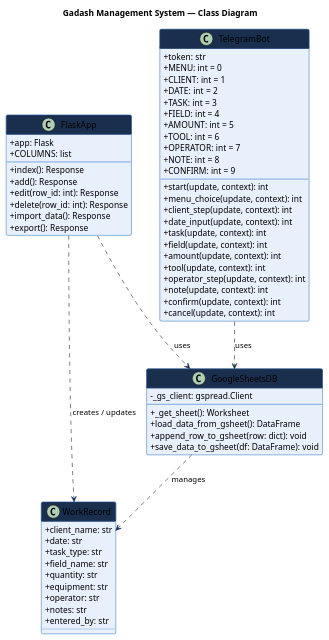
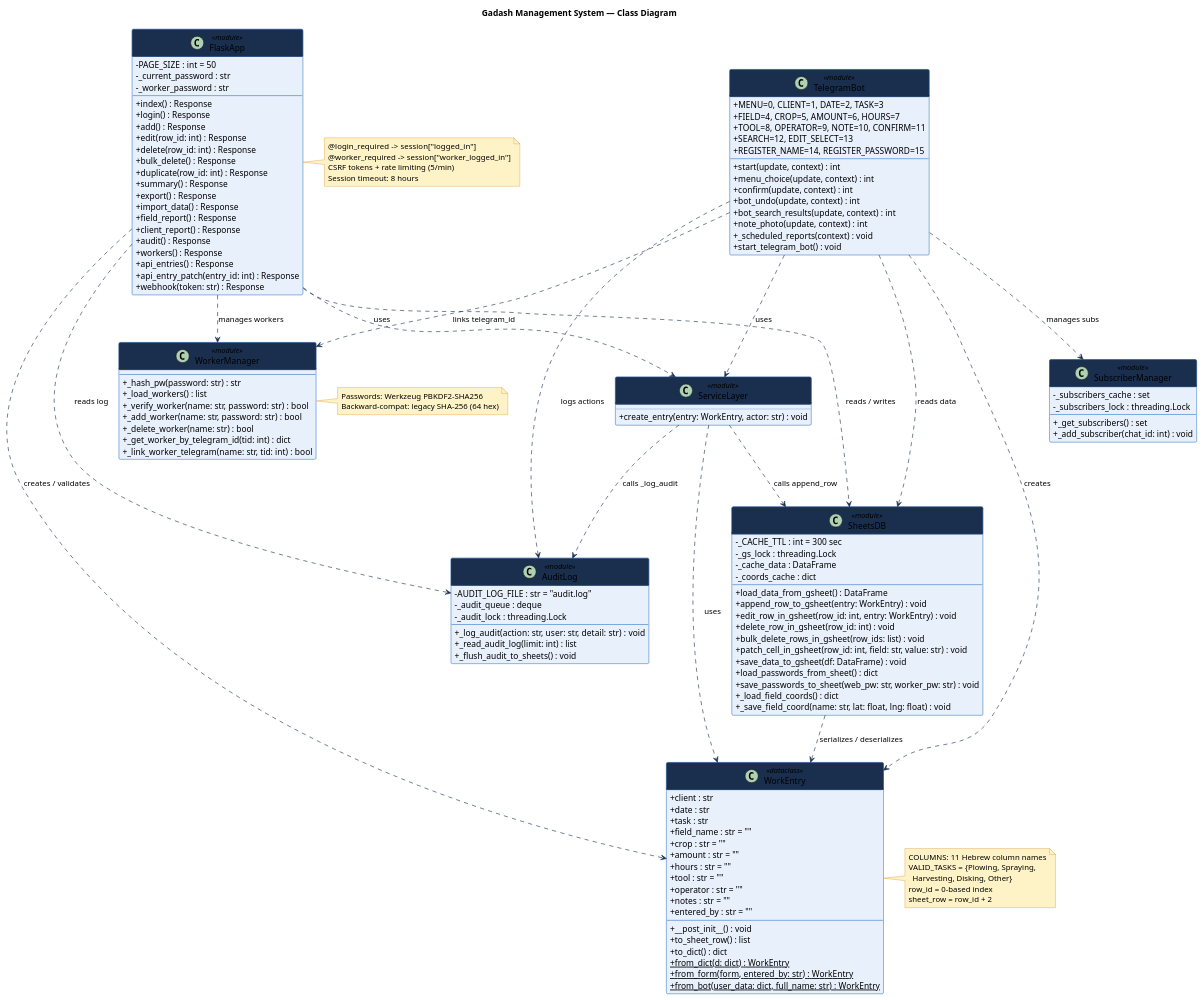
Before and after one commit to amitginz/gadash_bot: the diagram in uml_class.puml, drawn with PlantUML. The commit also changed 11 other files, not shown here.

First line of the commit message:
Update project report and UML diagrams for final submission

```diff
--- a/uml_class.puml
+++ b/uml_class.puml
@@ -1,78 +1,173 @@
 @startuml
 title Gadash Management System — Class Diagram
 
 skinparam classAttributeIconSize 0
+skinparam backgroundColor #ffffff
 skinparam class {
   BackgroundColor #e8f0fb
   BorderColor #3578c8
   HeaderBackgroundColor #1a2f4e
   HeaderFontColor #ffffff
   ArrowColor #1a2f4e
+  FontColor #000000
+}
+skinparam note {
+  BackgroundColor #fef3c7
+  BorderColor #d97706
+  FontColor #000000
 }
 
-class FlaskApp {
-  +app: Flask
-  +COLUMNS: list
+class WorkEntry <<dataclass>> {
+  + client : str
+  + date : str
+  + task : str
+  + field_name : str = ""
+  + crop : str = ""
+  + amount : str = ""
+  + hours : str = ""
+  + tool : str = ""
+  + operator : str = ""
+  + notes : str = ""
+  + entered_by : str = ""
   --
-  +index(): Response
-  +add(): Response
-  +edit(row_id: int): Response
-  +delete(row_id: int): Response
-  +import_data(): Response
-  +export(): Response
+  + __post_init__() : void
+  + to_sheet_row() : list
+  + to_dict() : dict
+  + {static} from_dict(d: dict) : WorkEntry
+  + {static} from_form(form, entered_by: str) : WorkEntry
+  + {static} from_bot(user_data: dict, full_name: str) : WorkEntry
 }
 
-class GoogleSheetsDB {
-  -_gs_client: gspread.Client
+note right of WorkEntry
+  COLUMNS: 11 Hebrew column names
+  VALID_TASKS = {Plowing, Spraying,
+    Harvesting, Disking, Other}
+  row_id = 0-based index
+  sheet_row = row_id + 2
+end note
+
+class SheetsDB <<module>> {
+  - _CACHE_TTL : int = 300 sec
+  - _gs_lock : threading.Lock
+  - _cache_data : DataFrame
+  - _coords_cache : dict
   --
-  +_get_sheet(): Worksheet
-  +load_data_from_gsheet(): DataFrame
-  +append_row_to_gsheet(row: dict): void
-  +save_data_to_gsheet(df: DataFrame): void
+  + load_data_from_gsheet() : DataFrame
+  + append_row_to_gsheet(entry: WorkEntry) : void
+  + edit_row_in_gsheet(row_id: int, entry: WorkEntry) : void
+  + delete_row_in_gsheet(row_id: int) : void
+  + bulk_delete_rows_in_gsheet(row_ids: list) : void
+  + patch_cell_in_gsheet(row_id: int, field: str, value: str) : void
+  + save_data_to_gsheet(df: DataFrame) : void
+  + load_passwords_from_sheet() : dict
+  + save_passwords_to_sheet(web_pw: str, worker_pw: str) : void
+  + _load_field_coords() : dict
+  + _save_field_coord(name: str, lat: float, lng: float) : void
 }
 
-class TelegramBot {
-  +token: str
-  +MENU: int = 0
-  +CLIENT: int = 1
-  +DATE: int = 2
-  +TASK: int = 3
-  +FIELD: int = 4
-  +AMOUNT: int = 5
-  +TOOL: int = 6
-  +OPERATOR: int = 7
-  +NOTE: int = 8
-  +CONFIRM: int = 9
-  --
-  +start(update, context): int
-  +menu_choice(update, context): int
-  +client_step(update, context): int
-  +date_input(update, context): int
-  +task(update, context): int
-  +field(update, context): int
-  +amount(update, context): int
-  +tool(update, context): int
-  +operator_step(update, context): int
-  +note(update, context): int
-  +confirm(update, context): int
-  +cancel(update, context): int
+class ServiceLayer <<module>> {
+  + create_entry(entry: WorkEntry, actor: str) : void
 }
 
-class WorkRecord {
-  +client_name: str
-  +date: str
-  +task_type: str
-  +field_name: str
-  +quantity: str
-  +equipment: str
-  +operator: str
-  +notes: str
-  +entered_by: str
+class AuditLog <<module>> {
+  - AUDIT_LOG_FILE : str = "audit.log"
+  - _audit_queue : deque
+  - _audit_lock : threading.Lock
+  --
+  + _log_audit(action: str, user: str, detail: str) : void
+  + _read_audit_log(limit: int) : list
+  + _flush_audit_to_sheets() : void
 }
 
-FlaskApp ..> GoogleSheetsDB : uses
-TelegramBot ..> GoogleSheetsDB : uses
-GoogleSheetsDB ..> WorkRecord : manages
-FlaskApp ..> WorkRecord : creates / updates
+class WorkerManager <<module>> {
+  --
+  + _hash_pw(password: str) : str
+  + _load_workers() : list
+  + _verify_worker(name: str, password: str) : bool
+  + _add_worker(name: str, password: str) : bool
+  + _delete_worker(name: str) : bool
+  + _get_worker_by_telegram_id(tid: int) : dict
+  + _link_worker_telegram(name: str, tid: int) : bool
+}
+
+note right of WorkerManager
+  Passwords: Werkzeug PBKDF2-SHA256
+  Backward-compat: legacy SHA-256 (64 hex)
+end note
+
+class SubscriberManager <<module>> {
+  - _subscribers_cache : set
+  - _subscribers_lock : threading.Lock
+  --
+  + _get_subscribers() : set
+  + _add_subscriber(chat_id: int) : void
+}
+
+class TelegramBot <<module>> {
+  + MENU=0, CLIENT=1, DATE=2, TASK=3
+  + FIELD=4, CROP=5, AMOUNT=6, HOURS=7
+  + TOOL=8, OPERATOR=9, NOTE=10, CONFIRM=11
+  + SEARCH=12, EDIT_SELECT=13
+  + REGISTER_NAME=14, REGISTER_PASSWORD=15
+  --
+  + start(update, context) : int
+  + menu_choice(update, context) : int
+  + confirm(update, context) : int
+  + bot_undo(update, context) : int
+  + bot_search_results(update, context) : int
+  + note_photo(update, context) : int
+  + _scheduled_reports(context) : void
+  + start_telegram_bot() : void
+}
+
+class FlaskApp <<module>> {
+  - PAGE_SIZE : int = 50
+  - _current_password : str
+  - _worker_password : str
+  --
+  + index() : Response
+  + login() : Response
+  + add() : Response
+  + edit(row_id: int) : Response
+  + delete(row_id: int) : Response
+  + bulk_delete() : Response
+  + duplicate(row_id: int) : Response
+  + summary() : Response
+  + export() : Response
+  + import_data() : Response
+  + field_report() : Response
+  + client_report() : Response
+  + audit() : Response
+  + workers() : Response
+  + api_entries() : Response
+  + api_entry_patch(entry_id: int) : Response
+  + webhook(token: str) : Response
+}
+
+note right of FlaskApp
+  @login_required  -> session["logged_in"]
+  @worker_required -> session["worker_logged_in"]
+  CSRF tokens + rate limiting (5/min)
+  Session timeout: 8 hours
+end note
+
+ServiceLayer ..> SheetsDB      : calls append_row
+ServiceLayer ..> AuditLog      : calls _log_audit
+ServiceLayer ..> WorkEntry     : uses
+
+FlaskApp ..> ServiceLayer      : uses
+FlaskApp ..> SheetsDB          : reads / writes
+FlaskApp ..> AuditLog          : reads log
+FlaskApp ..> WorkerManager     : manages workers
+FlaskApp ..> WorkEntry         : creates / validates
+
+TelegramBot ..> ServiceLayer   : uses
+TelegramBot ..> SheetsDB       : reads data
+TelegramBot ..> WorkEntry      : creates
+TelegramBot ..> SubscriberManager : manages subs
+TelegramBot ..> AuditLog       : logs actions
+TelegramBot ..> WorkerManager  : links telegram_id
+
+SheetsDB ..> WorkEntry         : serializes / deserializes
 
 @enduml
```
